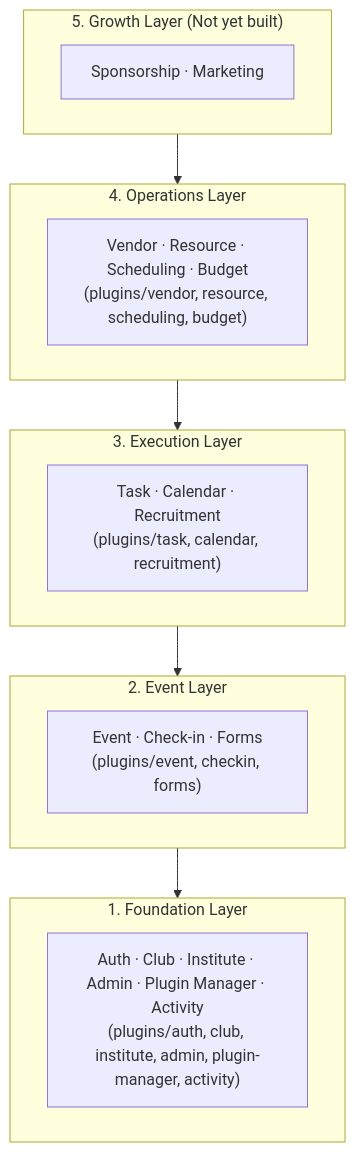
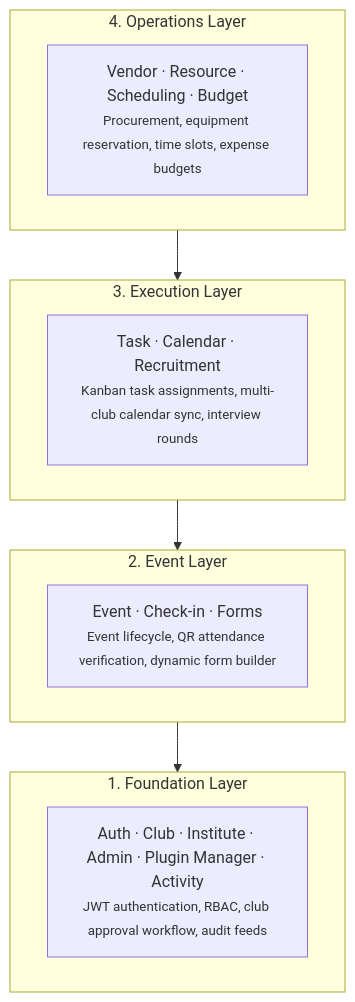
The second of 2 diagrams in docs/architecture/OVERVIEW.md (NITRR-Official/CampusOS), drawn with Mermaid before and after one commit. The commit also changed other lines of this file and 161 other files, not shown here.

````diff
--- a/docs/architecture/OVERVIEW.md
+++ b/docs/architecture/OVERVIEW.md
@@ -31,23 +56,19 @@
 ```mermaid
 flowchart TD
-    subgraph L5 ["5. Growth Layer (Not yet built)"]
-        G["Sponsorship · Marketing"]
-    end
     subgraph L4 ["4. Operations Layer"]
-        O["Vendor · Resource · Scheduling · Budget<br/>(plugins/vendor, resource, scheduling, budget)"]
+        O["Vendor · Resource · Scheduling · Budget<br/><small>Procurement, equipment reservation, time slots, expense budgets</small>"]
     end
     subgraph L3 ["3. Execution Layer"]
-        E["Task · Calendar · Recruitment<br/>(plugins/task, calendar, recruitment)"]
+        E["Task · Calendar · Recruitment<br/><small>Kanban task assignments, multi-club calendar sync, interview rounds</small>"]
     end
     subgraph L2 ["2. Event Layer"]
-        Ev["Event · Check-in · Forms<br/>(plugins/event, checkin, forms)"]
+        Ev["Event · Check-in · Forms<br/><small>Event lifecycle, QR attendance verification, dynamic form builder</small>"]
     end
     subgraph L1 ["1. Foundation Layer"]
-        F["Auth · Club · Institute · Admin · Plugin Manager · Activity<br/>(plugins/auth, club, institute, admin, plugin-manager, activity)"]
+        F["Auth · Club · Institute · Admin · Plugin Manager · Activity<br/><small>JWT authentication, RBAC, club approval workflow, audit feeds</small>"]
     end
 
-    L5 --> L4
     L4 --> L3
     L3 --> L2
     L2 --> L1
 ```
````
